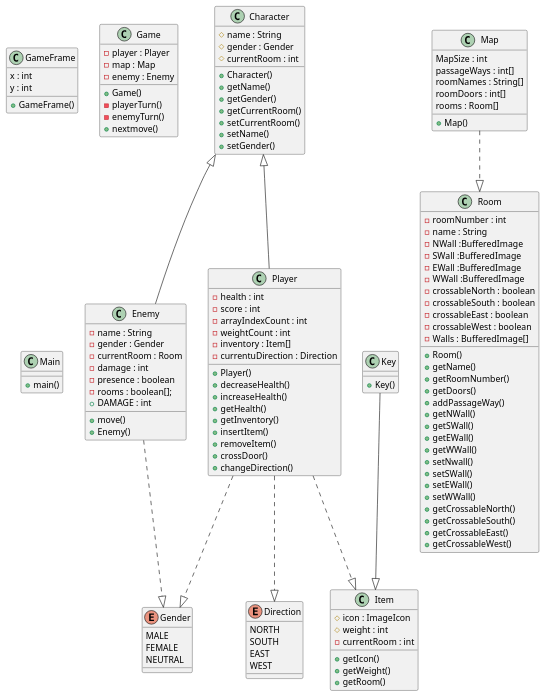
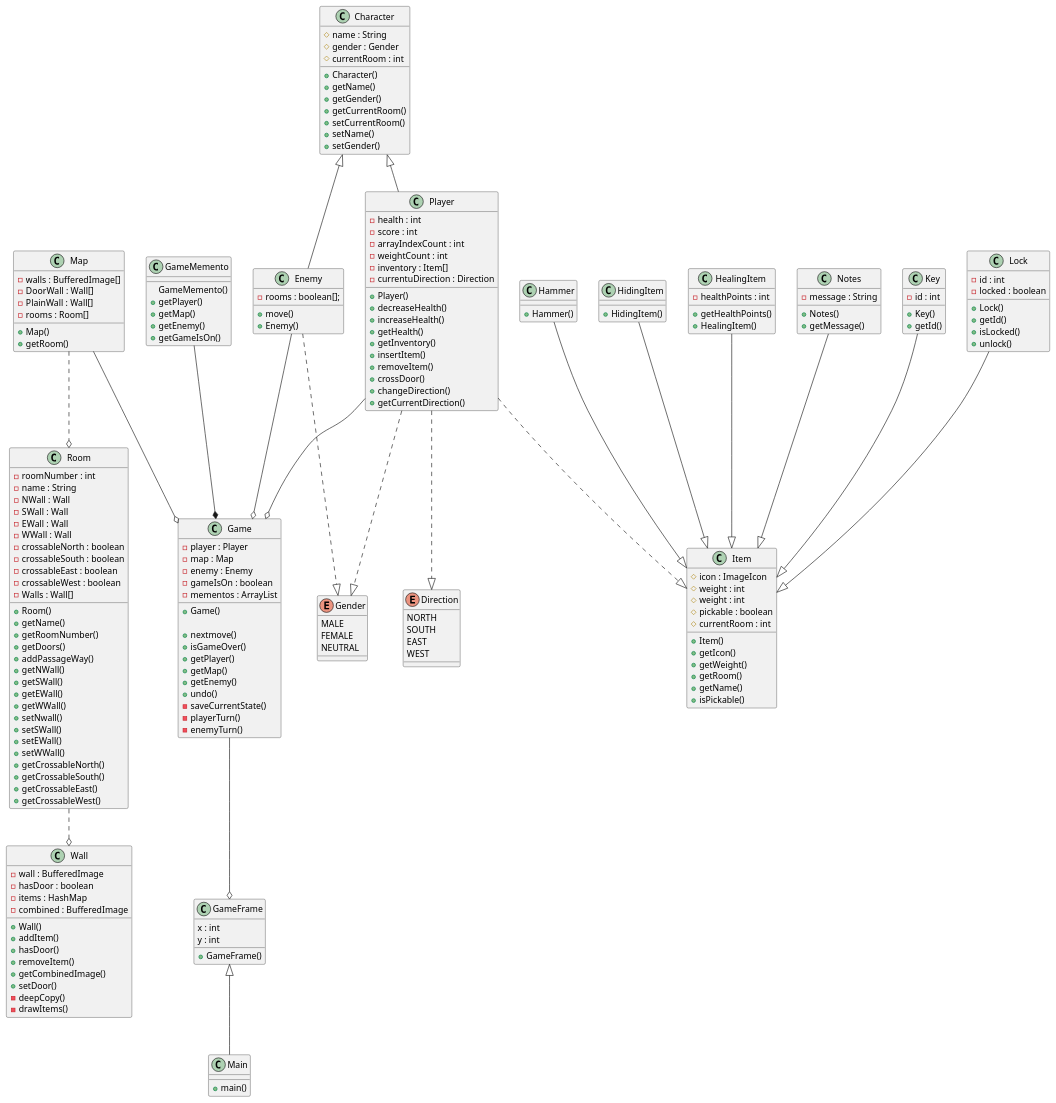
The diagram in doc/DesignClassModel.plantuml (nardib/TextAdventure), drawn with PlantUML before and after one commit. The commit also changed 3 other files, not shown here.

Commit message:
updated diagrams

```diff
--- a/doc/DesignClassModel.plantuml
+++ b/doc/DesignClassModel.plantuml
@@ -7,6 +7,7 @@
         -weightCount : int
         -inventory : Item[]
         -currentuDirection : Direction
+
         +Player()
         +decreaseHealth()
         +increaseHealth()
@@ -16,6 +17,15 @@
         +removeItem()
         +crossDoor()
         +changeDirection()
+        +getCurrentDirection()
+    }
+
+    class GameMemento{
+        GameMemento()
+        +getPlayer()
+        +getMap()
+        +getEnemy()
+        +getGameIsOn()
     }
 
     enum Gender {
@@ -30,13 +40,8 @@
         WEST
     }
     class Enemy{
-        -name : String
-        -gender : Gender
-        -currentRoom : Room
-        -damage : int
-        -presence : boolean
         -rooms : boolean[];
-        + DAMAGE : int
+
         +move()
         +Enemy()
     }
@@ -49,10 +54,20 @@
         -player : Player
         -map : Map
         -enemy : Enemy
+        -gameIsOn : boolean
+        -mementos : ArrayList
+
         +Game()
+       
+        +nextmove()
+        +isGameOver()
+        +getPlayer()
+        +getMap()
+        +getEnemy()
+        +undo()
+        -saveCurrentState()
         -playerTurn()
         -enemyTurn()
-        +nextmove()
     }
     class Main {
         +main()
@@ -60,35 +75,79 @@
     class Item{
         #icon : ImageIcon
         #weight : int
-        -currentRoom : int
+        #weight : int
+        #pickable : boolean
+        #currentRoom : int
+
+        +Item()
         +getIcon()
         +getWeight()
         +getRoom()
+        +getName()
+        +isPickable()
     }
+
+    class Hammer{
+        +Hammer()
+    }
+
+    class HidingItem{
+        +HidingItem()
+    }
+
+    class HealingItem{
+        -healthPoints : int
+
+        +getHealthPoints()
+        +HealingItem()
+    }
+
+    class Notes {
+        -message : String
+
+        +Notes()
+        +getMessage()
+    }
+
     class Key {
+        -id : int
+
         +Key()
+        +getId()
     }
+
+    class Lock{
+        -id : int
+        -locked : boolean
+
+        +Lock()
+        +getId()
+        +isLocked()
+        +unlock()
+    }
+
     class Map {
-        MapSize : int
-        passageWays : int[]
-        roomNames : String[]
-        roomDoors : int[]
-        rooms : Room[]
+        -walls : BufferedImage[]
+        -DoorWall : Wall[]
+        -PlainWall : Wall[]
+        -rooms : Room[]
+
         +Map()
-
+        +getRoom()
     }
     class Room {
         -roomNumber : int
         -name : String
-        -NWall :BufferedImage
-        -SWall :BufferedImage
-        -EWall :BufferedImage
-        -WWall :BufferedImage
+        -NWall : Wall
+        -SWall : Wall
+        -EWall : Wall
+        -WWall : Wall
         -crossableNorth : boolean
         -crossableSouth : boolean
         -crossableEast : boolean
         -crossableWest : boolean
-        -Walls : BufferedImage[]
+        -Walls : Wall[]
+
         +Room()
         +getName()
         +getRoomNumber()
@@ -112,6 +171,7 @@
         #name : String
         #gender : Gender
         #currentRoom : int
+
         +Character()
         +getName()
         +getGender()
@@ -121,13 +181,42 @@
         +setGender()
     }
 
+    class Wall
+    {
+        -wall : BufferedImage
+        -hasDoor : boolean
+        -items : HashMap
+        -combined : BufferedImage
+        
+        +Wall()
+        +addItem()
+        +hasDoor()
+        +removeItem()
+        +getCombinedImage()
+        +setDoor()
+        -deepCopy()
+        -drawItems()
+    }
+
     Player ..|> Gender
-    Map ..|> Room
+    Map ..o Room
+    Room ..o Wall
     Player ..|> Item
     Player ..|> Direction
     Key --|> Item
+    Lock --|> Item
+    HealingItem --|> Item
+    Hammer --|> Item
+    HidingItem --|> Item
+    Notes --|> Item
     Enemy ..|> Gender
     Character <|-- Player
     Character <|-- Enemy
+    Player --o Game
+    Map --o Game
+    Enemy --o Game
+    GameMemento --* Game
+    Game --o GameFrame
+    GameFrame <|-- Main
 
 @enduml
```
